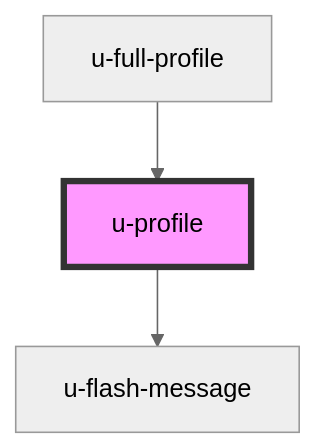
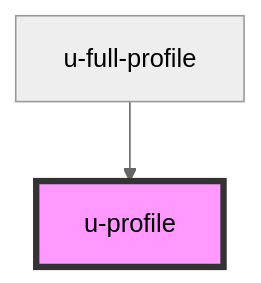
Before and after one commit to UnidyID/unidy-sdk: the diagram in packages/sdk/src/profile/components/profile/readme.md, drawn with Mermaid (neutral theme). The commit also changed other lines of this file and 14 other files, not shown here.

````diff
--- a/packages/sdk/src/profile/components/profile/readme.md
+++ b/packages/sdk/src/profile/components/profile/readme.md
@@ -48,6 +44,5 @@
 ```mermaid
 graph TD;
-  u-profile --> u-flash-message
   u-full-profile --> u-profile
   style u-profile fill:#f9f,stroke:#333,stroke-width:4px
 ```
````
